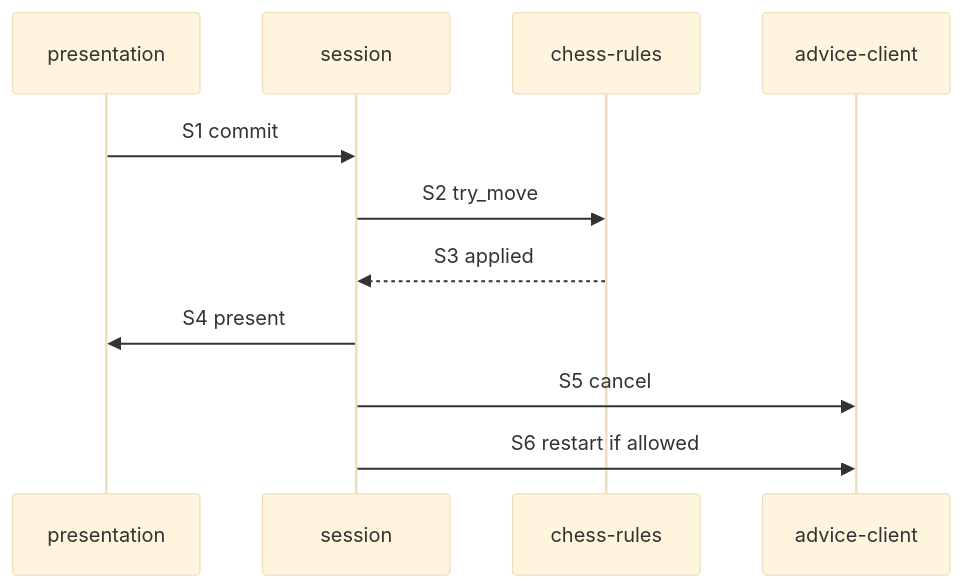
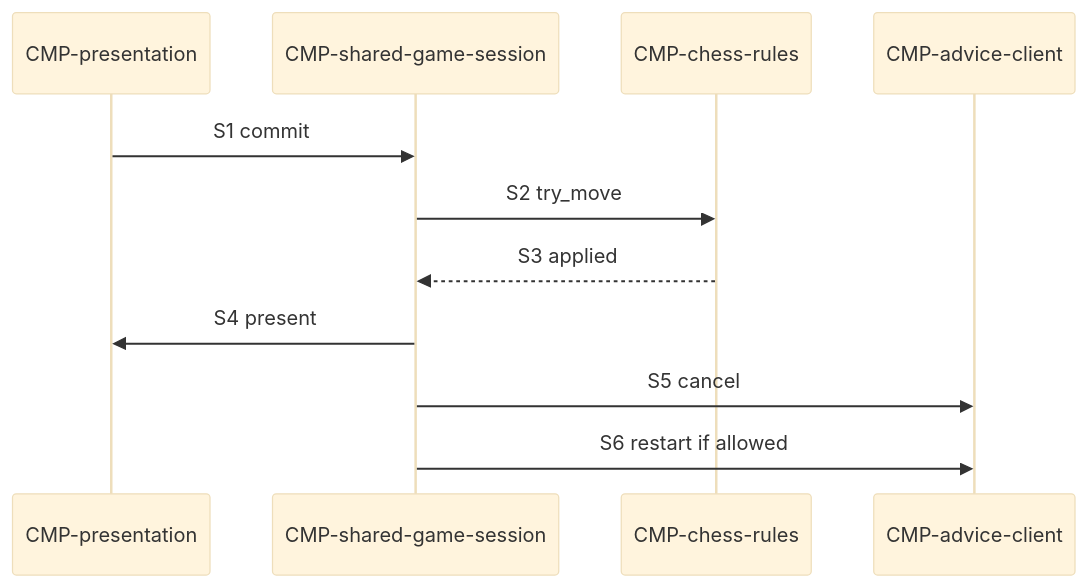
Before and after one commit to waigore/simplechessv2: the diagram in specs/technical/sequences/apply-local-move.md, drawn with Mermaid (base theme). The commit also changed other lines of this file and 120 other files, not shown here.

````diff
--- a/specs/technical/sequences/apply-local-move.md
+++ b/specs/technical/sequences/apply-local-move.md
@@ -39,13 +39,13 @@
 ```mermaid
 sequenceDiagram
-  participant V as presentation
-  participant S as session
-  participant C as chess-rules
-  participant A as advice-client
+  participant V as CMP-presentation
+  participant S as CMP-shared-game-session
+  participant C as CMP-chess-rules
+  participant A as CMP-advice-client
   V->>S: S1 commit
   S->>C: S2 try_move
   C-->>S: S3 applied
   S->>V: S4 present
   S->>A: S5 cancel
   S->>A: S6 restart if allowed
 ```
````
